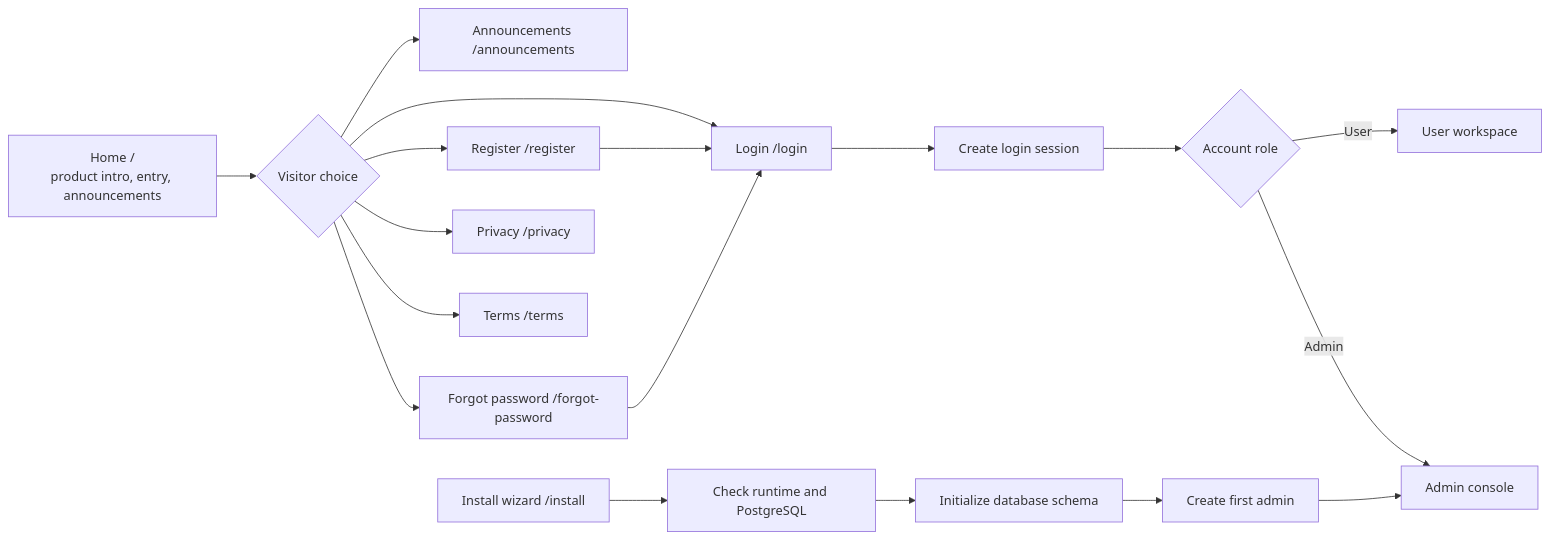
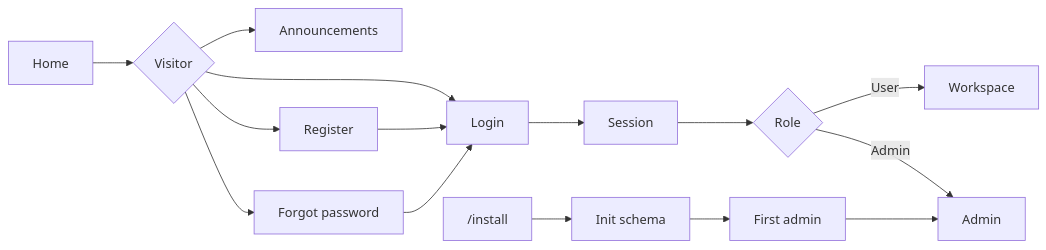
Before and after one commit to jiujiu532/JoveCanvas: the first of 6 diagrams in README.en.md, drawn with Mermaid. The commit also changed other lines of this file and 2 other files, not shown here.

````diff
--- a/README.en.md
+++ b/README.en.md
@@ -51,23 +64,17 @@
 ```mermaid
 flowchart LR
-    HOME["Home /<br/>product intro, entry, announcements"] --> ACTION{"Visitor choice"}
-
-    ACTION --> ANN["Announcements /announcements"]
-    ACTION --> LOGIN["Login /login"]
-    ACTION --> REGISTER["Register /register"]
-    ACTION --> FORGOT["Forgot password /forgot-password"]
-    ACTION --> PRIVACY["Privacy /privacy"]
-    ACTION --> TERMS["Terms /terms"]
-
+    HOME["Home"] --> ACTION{"Visitor"}
+    ACTION --> ANN["Announcements"]
+    ACTION --> LOGIN["Login"]
+    ACTION --> REGISTER["Register"]
+    ACTION --> FORGOT["Forgot password"]
     REGISTER --> LOGIN
     FORGOT --> LOGIN
-    LOGIN --> SESSION["Create login session"]
-    SESSION --> ROLE{"Account role"}
-    ROLE -->|User| USER["User workspace"]
-    ROLE -->|Admin| ADMIN["Admin console"]
-
-    INSTALL["Install wizard /install"] --> CHECK["Check runtime and PostgreSQL"]
-    CHECK --> SCHEMA["Initialize database schema"]
-    SCHEMA --> FIRST_ADMIN["Create first admin"]
+    LOGIN --> SESSION["Session"]
+    SESSION --> ROLE{"Role"}
+    ROLE -->|User| USER["Workspace"]
+    ROLE -->|Admin| ADMIN["Admin"]
+    INSTALL["/install"] --> SCHEMA["Init schema"]
+    SCHEMA --> FIRST_ADMIN["First admin"]
     FIRST_ADMIN --> ADMIN
 ```
````
